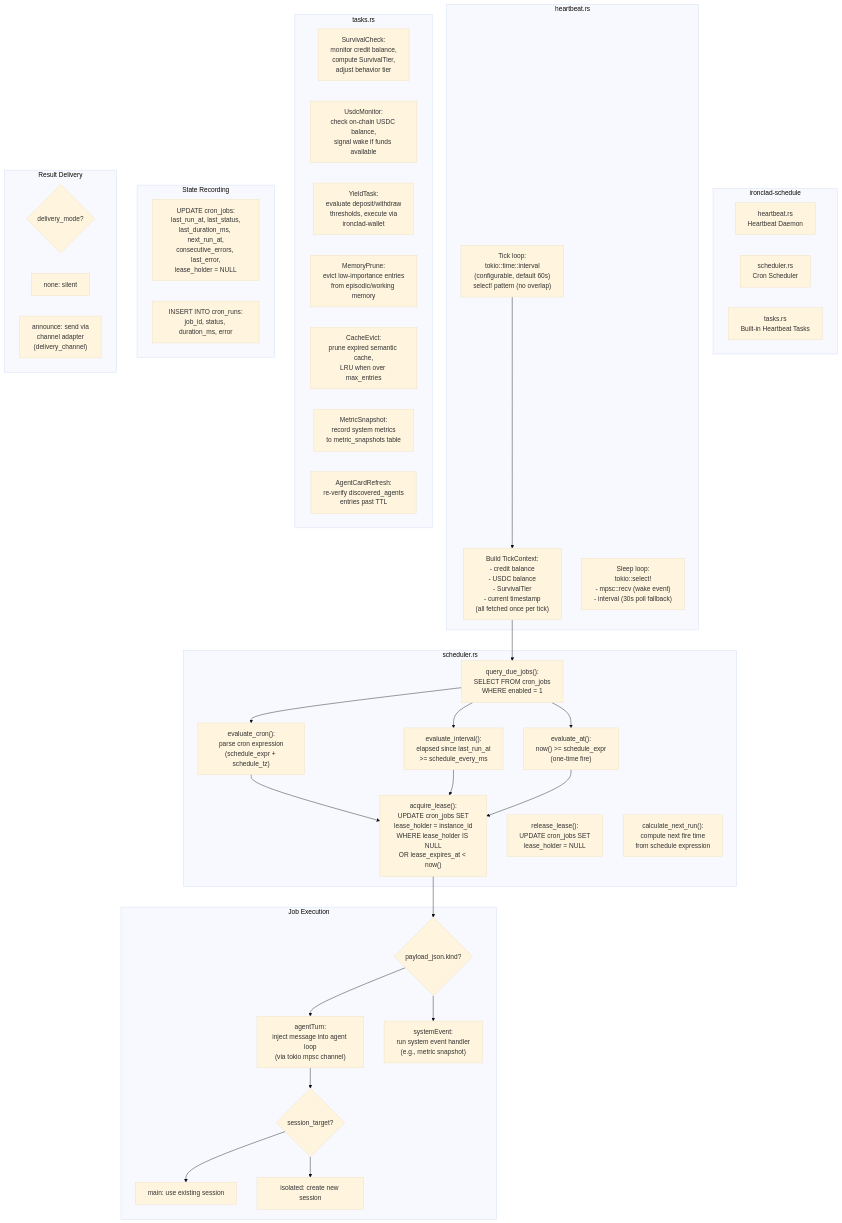
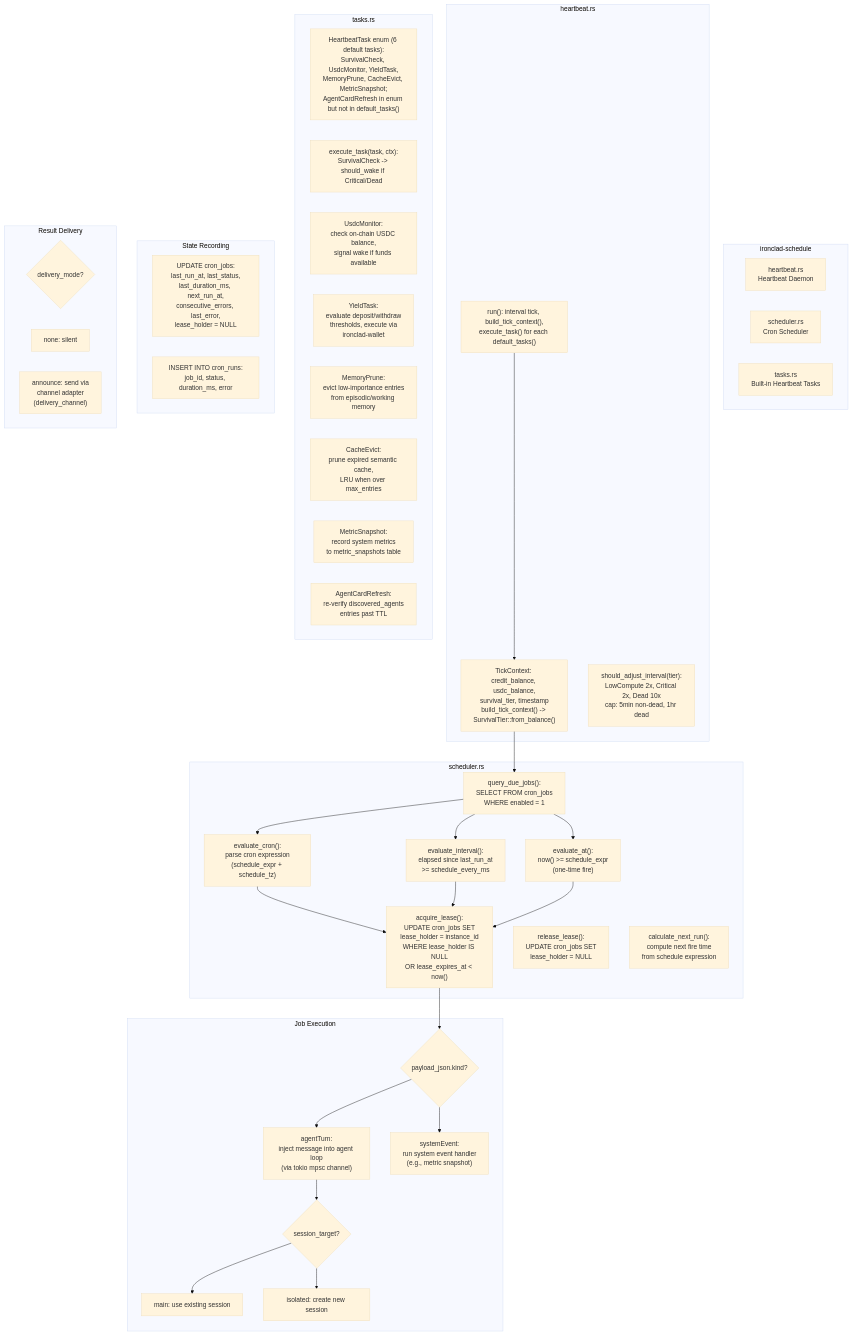
The first of 2 diagrams in docs/architecture/ironclad-c4-schedule.md (robot-accomplice/ironclad), drawn with Mermaid (base theme) before and after one commit. The commit also changed other lines of this file and 153 other files, not shown here.

````diff
--- a/docs/architecture/ironclad-c4-schedule.md
+++ b/docs/architecture/ironclad-c4-schedule.md
@@ -9,62 +9,63 @@
 ```mermaid
 flowchart TB
     subgraph IroncladSchedule ["ironclad-schedule"]
         HEARTBEAT["heartbeat.rs<br/>Heartbeat Daemon"]
         SCHEDULER["scheduler.rs<br/>Cron Scheduler"]
         TASKS["tasks.rs<br/>Built-in Heartbeat Tasks"]
     end
 
     subgraph HeartbeatDetail ["heartbeat.rs"]
-        TICK_LOOP["Tick loop:<br/>tokio::time::interval<br/>(configurable, default 60s)<br/>select! pattern (no overlap)"]
-        TICK_CTX["Build TickContext:<br/>- credit balance<br/>- USDC balance<br/>- SurvivalTier<br/>- current timestamp<br/>(all fetched once per tick)"]
-        SLEEP_LOOP["Sleep loop:<br/>tokio::select!<br/>- mpsc::recv (wake event)<br/>- interval (30s poll fallback)"]
+        TICK_CTX["TickContext: credit_balance, usdc_balance,<br/>survival_tier, timestamp<br/>build_tick_context() -> SurvivalTier::from_balance()"]
+        TICK_LOOP["run(): interval tick, build_tick_context(),<br/>execute_task() for each default_tasks()"]
+        ADJUST["should_adjust_interval(tier):<br/>LowCompute 2x, Critical 2x, Dead 10x<br/>cap: 5min non-dead, 1hr dead"]
     end
 
     subgraph SchedulerDetail ["scheduler.rs"]
         QUERY_JOBS["query_due_jobs():<br/>SELECT FROM cron_jobs<br/>WHERE enabled = 1"]
         EVAL_CRON["evaluate_cron():<br/>parse cron expression<br/>(schedule_expr + schedule_tz)"]
         EVAL_INTERVAL["evaluate_interval():<br/>elapsed since last_run_at<br/>>= schedule_every_ms"]
         EVAL_AT["evaluate_at():<br/>now() >= schedule_expr<br/>(one-time fire)"]
         ACQUIRE["acquire_lease():<br/>UPDATE cron_jobs SET<br/>lease_holder = instance_id<br/>WHERE lease_holder IS NULL<br/>OR lease_expires_at < now()"]
         RELEASE["release_lease():<br/>UPDATE cron_jobs SET<br/>lease_holder = NULL"]
         NEXT_RUN["calculate_next_run():<br/>compute next fire time<br/>from schedule expression"]
     end
 
     subgraph TasksDetail ["tasks.rs"]
-        SURVIVAL_CHECK["SurvivalCheck:<br/>monitor credit balance,<br/>compute SurvivalTier,<br/>adjust behavior tier"]
+        TASK_ENUM["HeartbeatTask enum (6 default tasks):<br/>SurvivalCheck, UsdcMonitor, YieldTask,<br/>MemoryPrune, CacheEvict, MetricSnapshot;<br/>AgentCardRefresh in enum but not in default_tasks()"]
+        SURVIVAL_CHECK["execute_task(task, ctx):<br/>SurvivalCheck -> should_wake if Critical/Dead"]
         USDC_MONITOR["UsdcMonitor:<br/>check on-chain USDC balance,<br/>signal wake if funds available"]
         YIELD_TASK["YieldTask:<br/>evaluate deposit/withdraw<br/>thresholds, execute via<br/>ironclad-wallet"]
         MEMORY_PRUNE["MemoryPrune:<br/>evict low-importance entries<br/>from episodic/working memory"]
         CACHE_EVICT["CacheEvict:<br/>prune expired semantic cache,<br/>LRU when over max_entries"]
         METRIC_SNAP["MetricSnapshot:<br/>record system metrics<br/>to metric_snapshots table"]
         AGENT_CARD_REFRESH["AgentCardRefresh:<br/>re-verify discovered_agents<br/>entries past TTL"]
     end
 
     subgraph Execution ["Job Execution"]
         PAYLOAD_KIND{"payload_json.kind?"}
         AGENT_TURN["agentTurn:<br/>inject message into agent loop<br/>(via tokio mpsc channel)"]
         SYS_EVENT["systemEvent:<br/>run system event handler<br/>(e.g., metric snapshot)"]
         SESSION_SELECT{"session_target?"}
         MAIN_SESSION["main: use existing session"]
         ISO_SESSION["isolated: create new session"]
     end
 
     subgraph Recording ["State Recording"]
         UPDATE_JOB["UPDATE cron_jobs:<br/>last_run_at, last_status,<br/>last_duration_ms, next_run_at,<br/>consecutive_errors, last_error,<br/>lease_holder = NULL"]
         INSERT_RUN["INSERT INTO cron_runs:<br/>job_id, status, duration_ms, error"]
     end
 
     subgraph Delivery ["Result Delivery"]
         DELIVER_MODE{"delivery_mode?"}
         SILENT["none: silent"]
         ANNOUNCE["announce: send via<br/>channel adapter<br/>(delivery_channel)"]
     end
 
     TICK_LOOP --> TICK_CTX --> QUERY_JOBS
     QUERY_JOBS --> EVAL_CRON & EVAL_INTERVAL & EVAL_AT
     EVAL_CRON & EVAL_INTERVAL & EVAL_AT --> ACQUIRE
     ACQUIRE --> PAYLOAD_KIND
     PAYLOAD_KIND --> AGENT_TURN & SYS_EVENT
     AGENT_TURN --> SESSION_SELECT
     SESSION_SELECT --> MAIN_SESSION & ISO_SESSION
 ```
````
